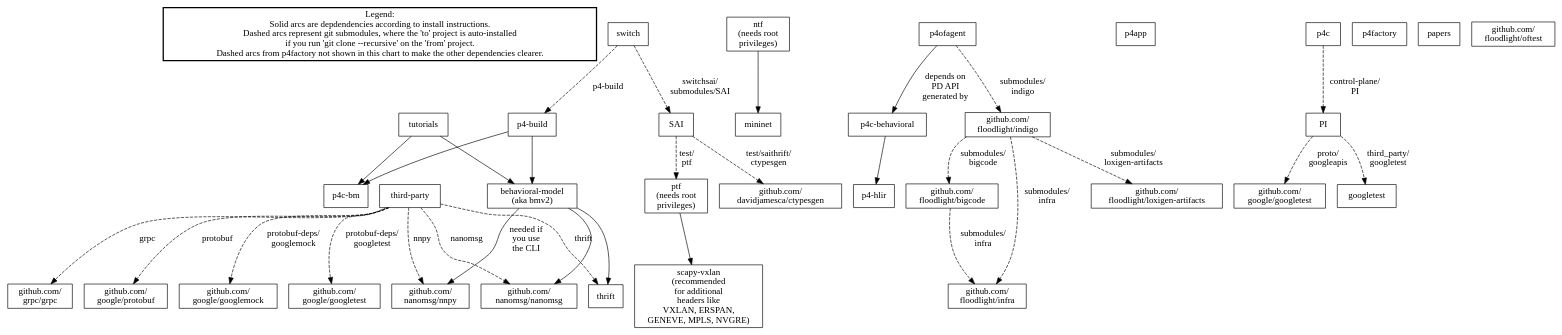
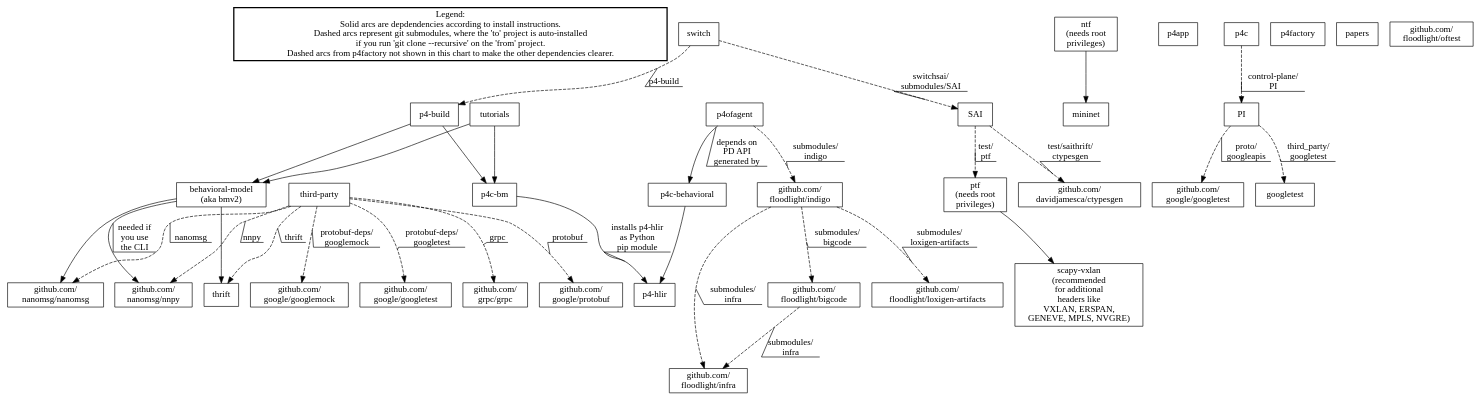
One commit to jafingerhut/p4-guide changed the diagram in dependencies.dot. Above: the diagram before and after it, drawn with Graphviz. The commit also changed 2 other files, not shown here.

Commit message:
Add p4c_bm -> p4_hlir dependency
Also add decorate=true attribute on all dependencies with a label, so
that there is a line drawn underlining label text and connecting that
to the arc it labels.  Makes it clearer which text labels which arcs.

```diff
--- a/dependencies.dot
+++ b/dependencies.dot
@@ -1,104 +1,106 @@
 digraph p4_dependencies {
 
     node [shape = box];
 
     // My hack for providing a kind of 'legend' for the drawing.
     // There is likely a better way than this.
     legen [label="Legend:\nSolid arcs are depdendencies according to install instructions.\nDashed arcs represent git submodules, where the 'to' project is auto-installed\nif you run 'git clone --recursive' on the 'from' project.\nDashed arcs from p4factory not shown in this chart to make the other dependencies clearer." style=bold];
 
     // All nodes, with labels, for p4lang repositories
     behavioral_model [label="behavioral-model\n(aka bmv2)"];
     mininet [label="mininet"];
     ntf [label="ntf\n(needs root\nprivileges)"];
     p4_build [label="p4-build"];
     p4_hlir [label="p4-hlir"];
     p4app [label="p4app"];
     p4c [label="p4c"];
     p4c_behavioral [label="p4c-behavioral"];
     p4c_bm [label="p4c-bm"];
     p4factory [label="p4factory"];
     p4ofagent [label="p4ofagent"];
     papers [label="papers"];
     PI [label="PI"];
     ptf [label="ptf\n(needs root\nprivileges)"];
     SAI [label="SAI"];
     scapy_vxlan [label="scapy-vxlan\n(recommended\nfor additional\nheaders like\nVXLAN, ERSPAN,\nGENEVE, MPLS, NVGRE)"];
     switch [label="switch"];
     third_party [label="third-party"];
     thrift [label="thrift"];
     tutorials [label="tutorials"];
 
     // All nodes, with labels, for non-p4lang repositories
     grpc [label="github.com/\ngrpc/grpc"];
     nanomsg [label="github.com/\nnanomsg/nanomsg"];
     nnpy [label="github.com/\nnanomsg/nnpy"];
     protobuf [label="github.com/\ngoogle/protobuf"];
     googlemock_for_protobuf [label="github.com/\ngoogle/googlemock"];
     googletest_for_protobuf [label="github.com/\ngoogle/googletest"];
     floodlight_oftest [label="github.com/\nfloodlight/oftest"];
     floodlight_indigo [label="github.com/\nfloodlight/indigo"];
     floodlight_bigcode [label="github.com/\nfloodlight/bigcode"];
     floodlight_infra [label="github.com/\nfloodlight/infra"];
     floodlight_loxigen_artifacts [label="github.com/\nfloodlight/loxigen-artifacts"];
     googleapis [label="github.com/\ngoogleapis/googleapis"];
     googleapis [label="github.com/\ngoogle/googletest"];
     davidjamesca_ctypesgen [label="github.com/\ndavidjamesca/ctypesgen"];
 
 
     ////////////////////////////////////////////////////////////////
     // Dependencies
     ////////////////////////////////////////////////////////////////
 
     behavioral_model -> thrift;
     behavioral_model -> nanomsg;
-    behavioral_model -> nnpy [label="needed if\nyou use\nthe CLI"];
+    behavioral_model -> nnpy [label="needed if\nyou use\nthe CLI" decorate=true];
 
     ntf -> mininet;
 
     p4_build -> behavioral_model;
     p4_build -> p4c_bm;
 
-    p4c -> PI [label="control-plane/\nPI" style=dashed];
+    p4c -> PI [label="control-plane/\nPI" decorate=true style=dashed];
 
-    PI -> googleapis [label="proto/\ngoogleapis" style=dashed];
-    PI -> googletest [label="third_party/\ngoogletest" style=dashed];
+    PI -> googleapis [label="proto/\ngoogleapis" decorate=true style=dashed];
+    PI -> googletest [label="third_party/\ngoogletest" decorate=true style=dashed];
 
     p4c_behavioral -> p4_hlir;
 
-//    p4factory -> behavioral_model [label="submodules/\nbm" style=dashed];
-//    p4factory -> floodlight_oftest [label="submodules/\noftest" style=dashed];
-//    p4factory -> p4_build [label="submodules/\np4-build" style=dashed];
-//    p4factory -> p4c_behavioral [label="submodules/\np4c-behavioral" style=dashed];
-//    p4factory -> p4c_bm [label="submodules/\np4c-bm" style=dashed];
-//    p4factory -> p4ofagent [label="submodules/\np4ofagent" style=dashed];
-//    p4factory -> ptf [label="submodules/\nptf" style=dashed];
-//    p4factory -> switch [label="submodules/\nswitch" style=dashed];
+    p4c_bm -> p4_hlir [label="installs p4-hlir\nas Python\npip module" decorate=true];
 
-    p4ofagent -> p4c_behavioral [label="depends on\nPD API\ngenerated by"];
-    p4ofagent -> floodlight_indigo [label="submodules/\nindigo" style=dashed];
+//    p4factory -> behavioral_model [label="submodules/\nbm" decorate=true style=dashed];
+//    p4factory -> floodlight_oftest [label="submodules/\noftest" decorate=true style=dashed];
+//    p4factory -> p4_build [label="submodules/\np4-build" decorate=true style=dashed];
+//    p4factory -> p4c_behavioral [label="submodules/\np4c-behavioral" decorate=true style=dashed];
+//    p4factory -> p4c_bm [label="submodules/\np4c-bm" decorate=true style=dashed];
+//    p4factory -> p4ofagent [label="submodules/\np4ofagent" decorate=true style=dashed];
+//    p4factory -> ptf [label="submodules/\nptf" decorate=true style=dashed];
+//    p4factory -> switch [label="submodules/\nswitch" decorate=true style=dashed];
 
-    floodlight_indigo -> floodlight_bigcode [label="submodules/\nbigcode" style=dashed];
-    floodlight_indigo -> floodlight_infra [label="submodules/\ninfra" style=dashed];
-    floodlight_indigo -> floodlight_loxigen_artifacts [label="submodules/\nloxigen-artifacts" style=dashed];
+    p4ofagent -> p4c_behavioral [label="depends on\nPD API\ngenerated by" decorate=true];
+    p4ofagent -> floodlight_indigo [label="submodules/\nindigo" decorate=true style=dashed];
+
+    floodlight_indigo -> floodlight_bigcode [label="submodules/\nbigcode" decorate=true style=dashed];
+    floodlight_indigo -> floodlight_infra [label="submodules/\ninfra" decorate=true style=dashed];
+    floodlight_indigo -> floodlight_loxigen_artifacts [label="submodules/\nloxigen-artifacts" decorate=true style=dashed];
     
-    floodlight_bigcode -> floodlight_infra [label="submodules/\ninfra" style=dashed];
+    floodlight_bigcode -> floodlight_infra [label="submodules/\ninfra" decorate=true style=dashed];
 
     ptf -> scapy_vxlan;
 
-    SAI -> ptf [label="test/\nptf" style=dashed];
-    SAI -> davidjamesca_ctypesgen [label="test/saithrift/\nctypesgen" style=dashed];
+    SAI -> ptf [label="test/\nptf" decorate=true style=dashed];
+    SAI -> davidjamesca_ctypesgen [label="test/saithrift/\nctypesgen" decorate=true style=dashed];
 
-    switch -> p4_build [label="p4-build" style=dashed];
-    switch -> SAI [label="switchsai/\nsubmodules/SAI" style=dashed];
+    switch -> p4_build [label="p4-build" decorate=true style=dashed];
+    switch -> SAI [label="switchsai/\nsubmodules/SAI" decorate=true style=dashed];
 
-    third_party -> grpc [label="grpc" style=dashed];
-    third_party -> nanomsg [label="nanomsg" style=dashed];
-    third_party -> nnpy [label="nnpy" style=dashed];
-    third_party -> protobuf [label="protobuf" style=dashed];
-    third_party -> googlemock_for_protobuf [label="protobuf-deps/\ngooglemock" style=dashed];
-    third_party -> googletest_for_protobuf [label="protobuf-deps/\ngoogletest" style=dashed];
-    third_party -> thrift [label="thrift" style=dashed];
+    third_party -> grpc [label="grpc" decorate=true style=dashed];
+    third_party -> nanomsg [label="nanomsg" decorate=true style=dashed];
+    third_party -> nnpy [label="nnpy" decorate=true style=dashed];
+    third_party -> protobuf [label="protobuf" decorate=true style=dashed];
+    third_party -> googlemock_for_protobuf [label="protobuf-deps/\ngooglemock" decorate=true style=dashed];
+    third_party -> googletest_for_protobuf [label="protobuf-deps/\ngoogletest" decorate=true style=dashed];
+    third_party -> thrift [label="thrift" decorate=true style=dashed];
 
     tutorials -> behavioral_model;
     tutorials -> p4c_bm;
 }
```
